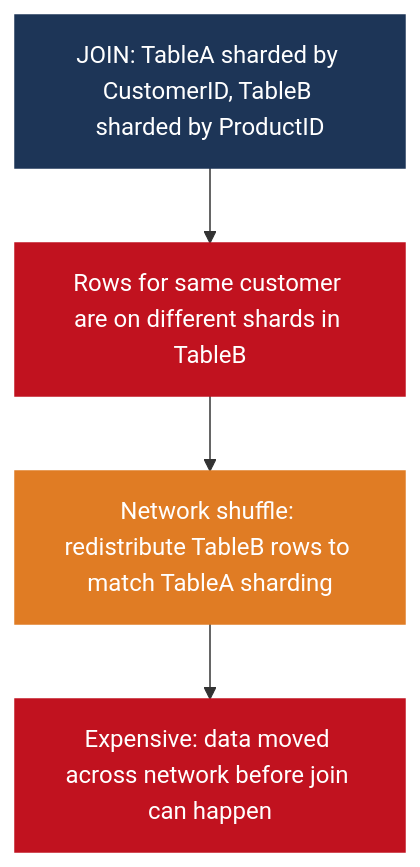
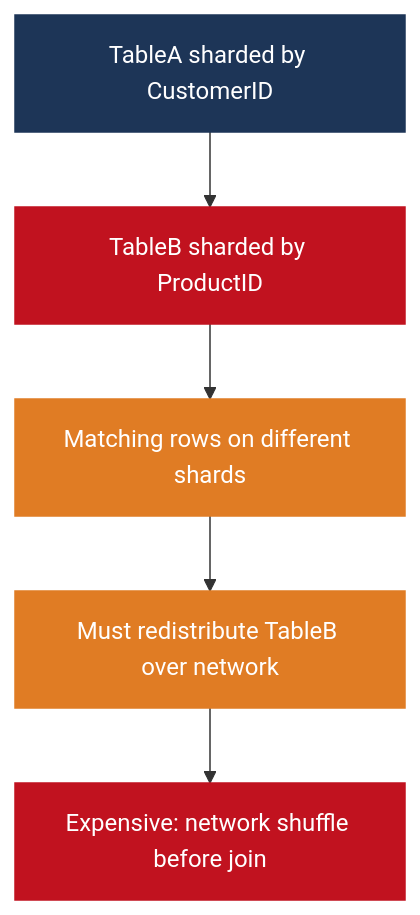
One commit to MuhammadTahaNasir/Big-Data-Analytics-Notes changed the sixth of 16 diagrams in Week3/Lecture3_Partitioning_Sharding_Caching_QueryOpt.md. Above: the diagram before and after it, drawn with Mermaid. The commit also changed other lines of this file, not shown here.

First line of the commit message:
Add Week 3 Lecture notes on data management techniques

````diff
--- a/Week3/Lecture3_Partitioning_Sharding_Caching_QueryOpt.md
+++ b/Week3/Lecture3_Partitioning_Sharding_Caching_QueryOpt.md
@@ -227,11 +229,13 @@
 ```mermaid
 flowchart TD
-    Q[JOIN: TableA sharded by CustomerID, TableB sharded by ProductID] --> PROB[Rows for same customer are on different shards in TableB]
-    PROB --> SHUFFLE[Network shuffle: redistribute TableB rows to match TableA sharding]
-    SHUFFLE --> COST[Expensive: data moved across network before join can happen]
+    Q[TableA sharded by CustomerID] --> PROB[TableB sharded by ProductID]
+    PROB --> SHUFFLE[Matching rows on different shards]
+    SHUFFLE --> REPART[Must redistribute TableB over network]
+    REPART --> COST[Expensive: network shuffle before join]
 
     style Q fill:#1d3557,color:#fff,stroke:#1d3557
     style PROB fill:#c1121f,color:#fff,stroke:#c1121f
     style SHUFFLE fill:#e07c24,color:#fff,stroke:#e07c24
+    style REPART fill:#e07c24,color:#fff,stroke:#e07c24
     style COST fill:#c1121f,color:#fff,stroke:#c1121f
 ```
````
